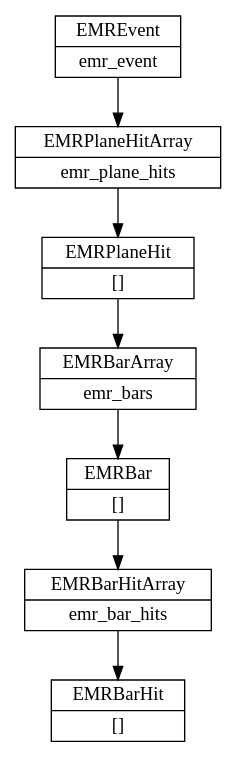
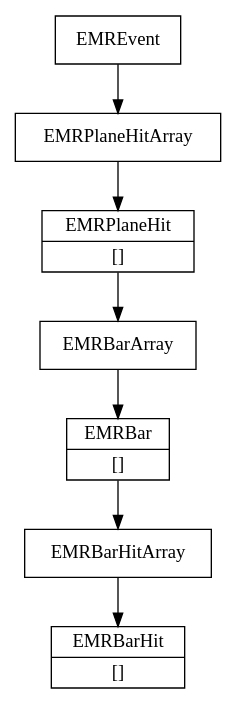
One commit to durgarajaram/maus-software-paper changed the diagram in figs/emr_datastructure.dot. Above: the diagram before and after it, drawn with Graphviz. The commit also changed 21 other files, not shown here.

```diff
--- a/figs/emr_datastructure.dot
+++ b/figs/emr_datastructure.dot
@@ -1,13 +1,13 @@
 // generate using "dot emr_datastructure.dot -Tpdf -o emr_datastructure.pdf"
 
 digraph G {
   node [shape=record];
-  emr_event [shape=record, label="{EMREvent|emr_event}"]
-      emr_event_item_emr_plane_hits [shape=record, label="{EMRPlaneHitArray|emr_plane_hits}"]
+  emr_event [shape=record, label="{EMREvent}"]
+      emr_event_item_emr_plane_hits [shape=record, label="{EMRPlaneHitArray}"]
         emr_event_item_emr_plane_hits_array_item [shape=record, label="{EMRPlaneHit|[]}"]
-        emr_event_item_emr_plane_hits_array_item_emr_bar [shape=record, label="{EMRBarArray|emr_bars}"]
+        emr_event_item_emr_plane_hits_array_item_emr_bar [shape=record, label="{EMRBarArray}"]
           emr_event_item_emr_plane_hits_array_item_emr_bar_array_item [shape=record, label="{EMRBar|[]}"]
-          emr_event_item_emr_plane_hits_array_item_emr_bar_array_item_emr_bar_hit [shape=record, label="{EMRBarHitArray|emr_bar_hits}"]
+          emr_event_item_emr_plane_hits_array_item_emr_bar_array_item_emr_bar_hit [shape=record, label="{EMRBarHitArray}"]
             emr_event_item_emr_plane_hits_array_item_emr_bar_array_item_emr_bar_hit_array_item [shape=record, label="{EMRBarHit|[]}"]
   emr_event -> emr_event_item_emr_plane_hits -> emr_event_item_emr_plane_hits_array_item -> emr_event_item_emr_plane_hits_array_item_emr_bar ->         emr_event_item_emr_plane_hits_array_item_emr_bar_array_item -> emr_event_item_emr_plane_hits_array_item_emr_bar_array_item_emr_bar_hit -> emr_event_item_emr_plane_hits_array_item_emr_bar_array_item_emr_bar_hit_array_item
 }
```
